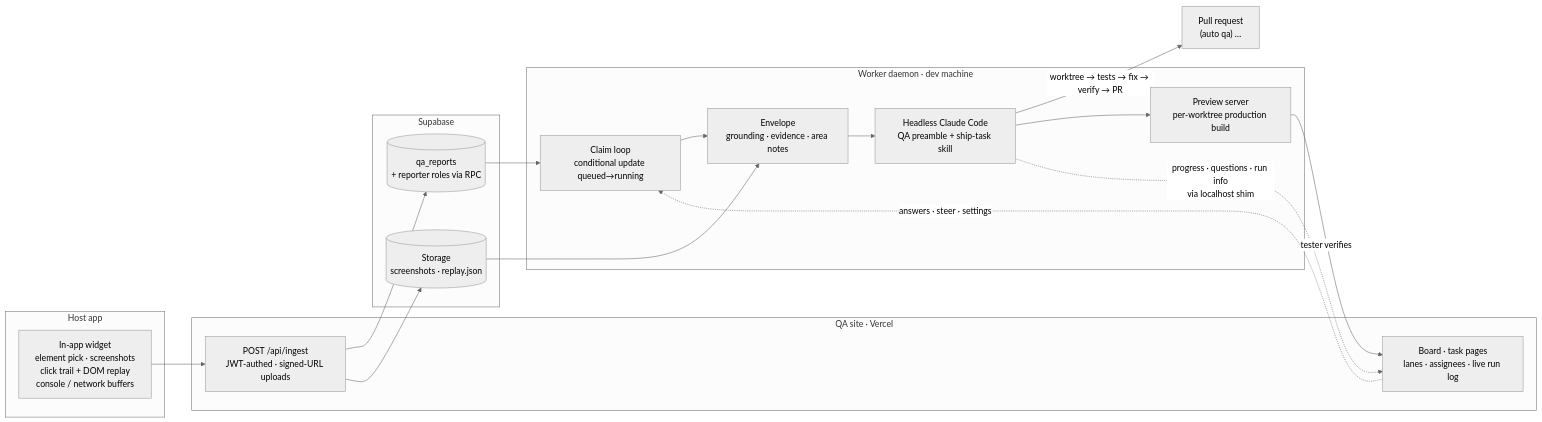
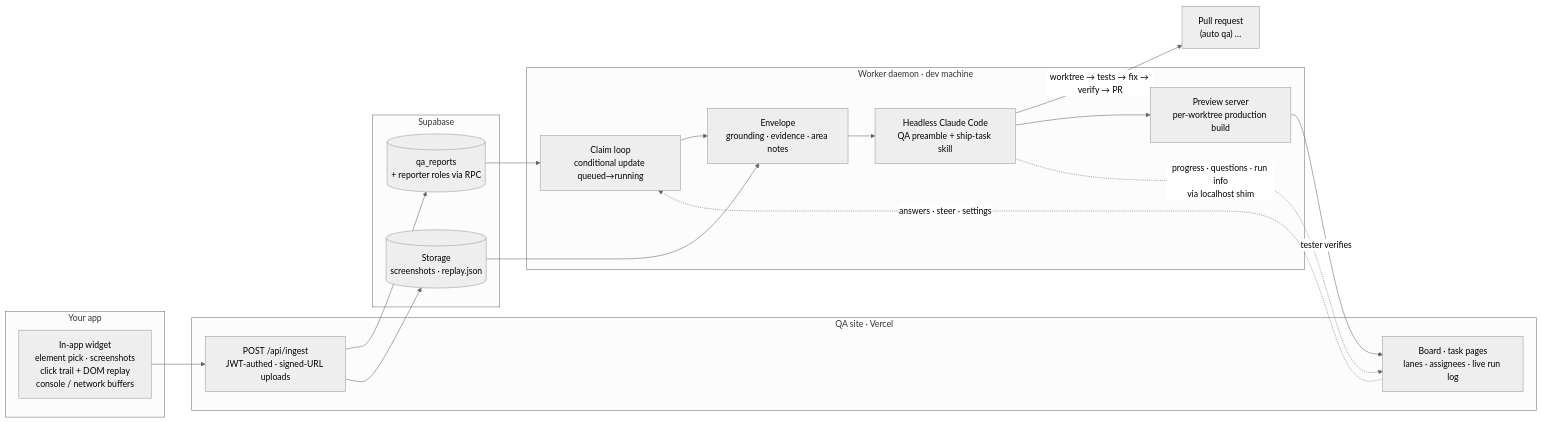
Before and after one commit to Henry-Shan/agentic-qa-pipeline: the diagram in README.md, drawn with Mermaid (neutral theme). The commit also changed other lines of this file and 35 other files, not shown here.

````diff
--- a/README.md
+++ b/README.md
@@ -18,29 +18,29 @@
 ```mermaid
 flowchart LR
-  subgraph app["Host app"]
+  subgraph app["Your app"]
     W["In-app widget<br/>element pick · screenshots<br/>click trail + DOM replay<br/>console / network buffers"]
   end
   subgraph site["QA site · Vercel"]
     I["POST /api/ingest<br/>JWT-authed · signed-URL uploads"]
     B["Board · task pages<br/>lanes · assignees · live run log"]
   end
   subgraph db["Supabase"]
     R[("qa_reports<br/>+ reporter roles via RPC")]
     S[("Storage<br/>screenshots · replay.json")]
   end
   subgraph worker["Worker daemon · dev machine"]
     C["Claim loop<br/>conditional update queued→running"]
     E["Envelope<br/>grounding · evidence · area notes"]
     A["Headless Claude Code<br/>QA preamble + ship-task skill"]
     P["Preview server<br/>per-worktree production build"]
   end
   W --> I --> R
   I --> S
   R --> C --> E --> A
   S --> E
   A -->|"worktree → tests → fix → verify → PR"| PR["Pull request<br/>(auto qa) …"]
   A --> P
   P -->|"tester verifies"| B
   A -.->|"progress · questions · run info<br/>via localhost shim"| B
   B -.->|"answers · steer · settings"| C
 ```
````
